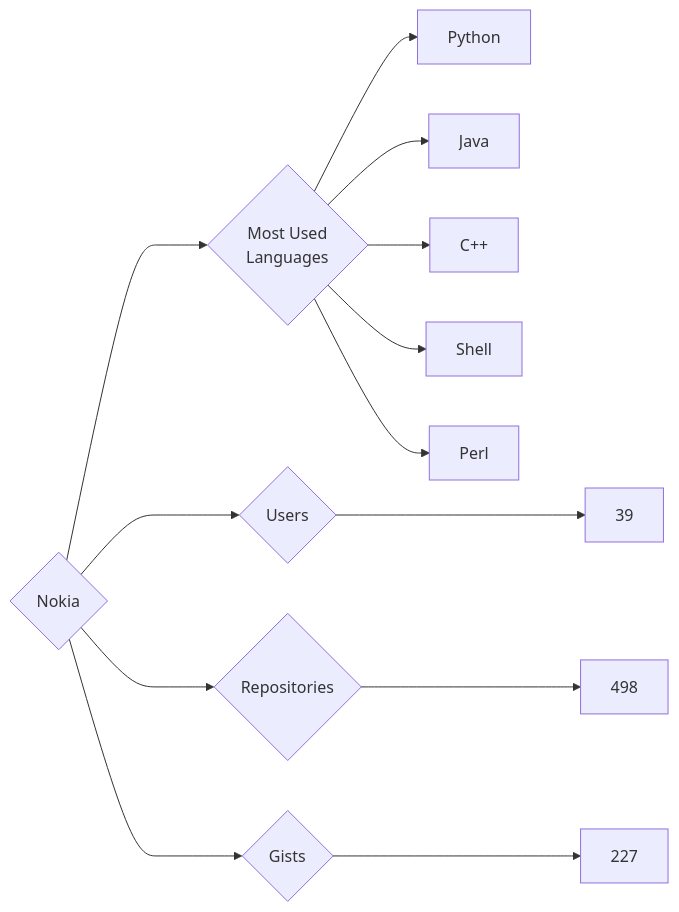
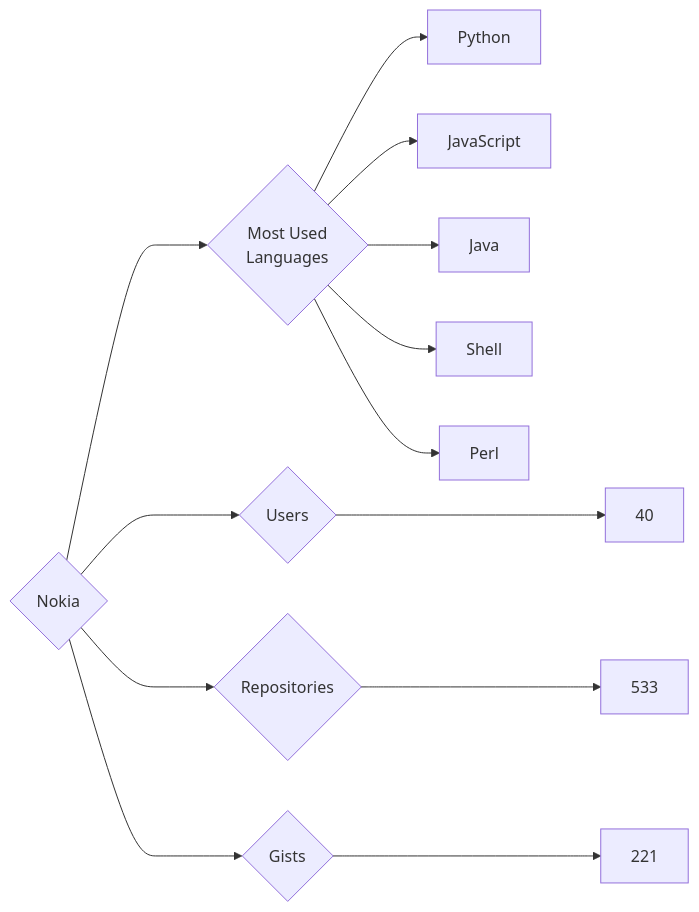
Before and after one commit to trickest/insiders: the diagram in targets/Nokia/README.md, drawn with Mermaid. The commit also changed 955 other files, not shown here.

````diff
--- a/targets/Nokia/README.md
+++ b/targets/Nokia/README.md
@@ -3,13 +3,13 @@
 ```mermaid
 graph LR
 COMPANY_NAME{Nokia}
-COMPANY_NAME ---> U{Users} ---> UN[39]
-COMPANY_NAME ---> R{Repositories} ---> RN[498]
-COMPANY_NAME ---> G{Gists} ---> GN[227]
+COMPANY_NAME ---> U{Users} ---> UN[40]
+COMPANY_NAME ---> R{Repositories} ---> RN[533]
+COMPANY_NAME ---> G{Gists} ---> GN[221]
 COMPANY_NAME ---> ML{Most Used<br>Languages}
 ML --> Python[Python]
+ML --> JavaScript[JavaScript]
 ML --> Java[Java]
-ML --> C++[C++]
 ML --> Shell[Shell]
 ML --> Perl[Perl]
 ```
````
